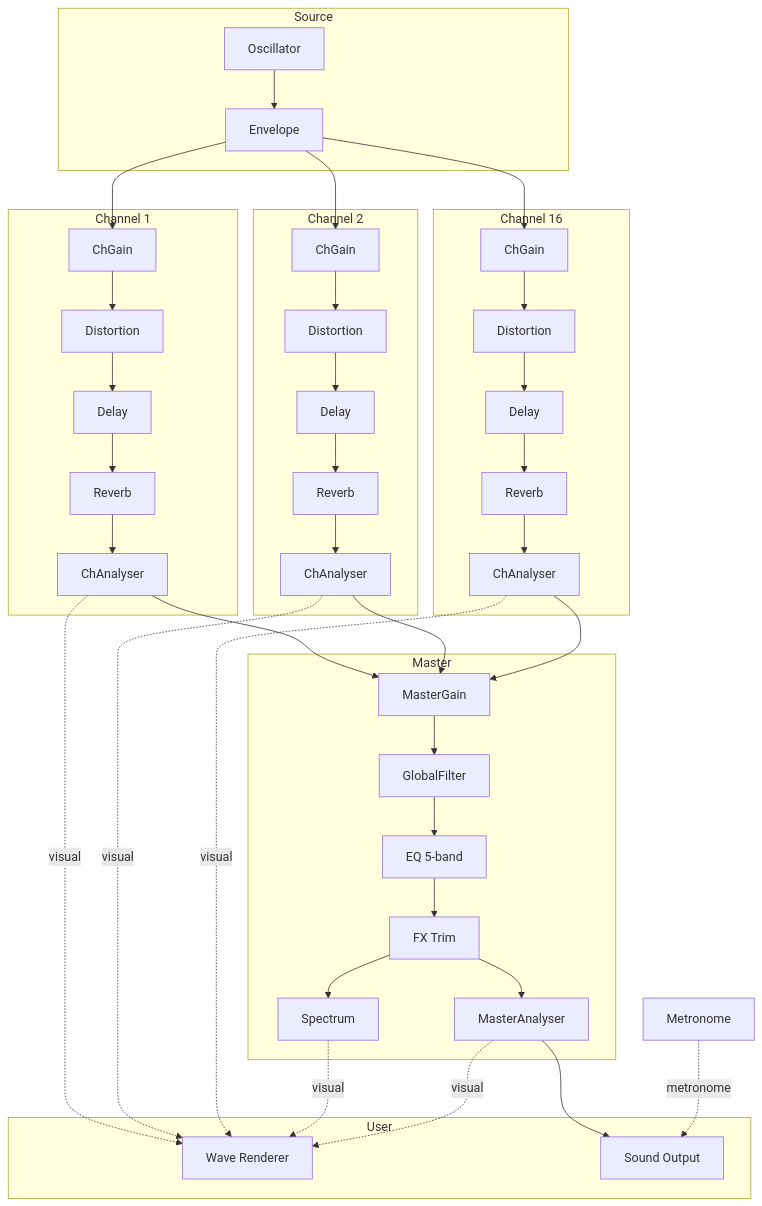
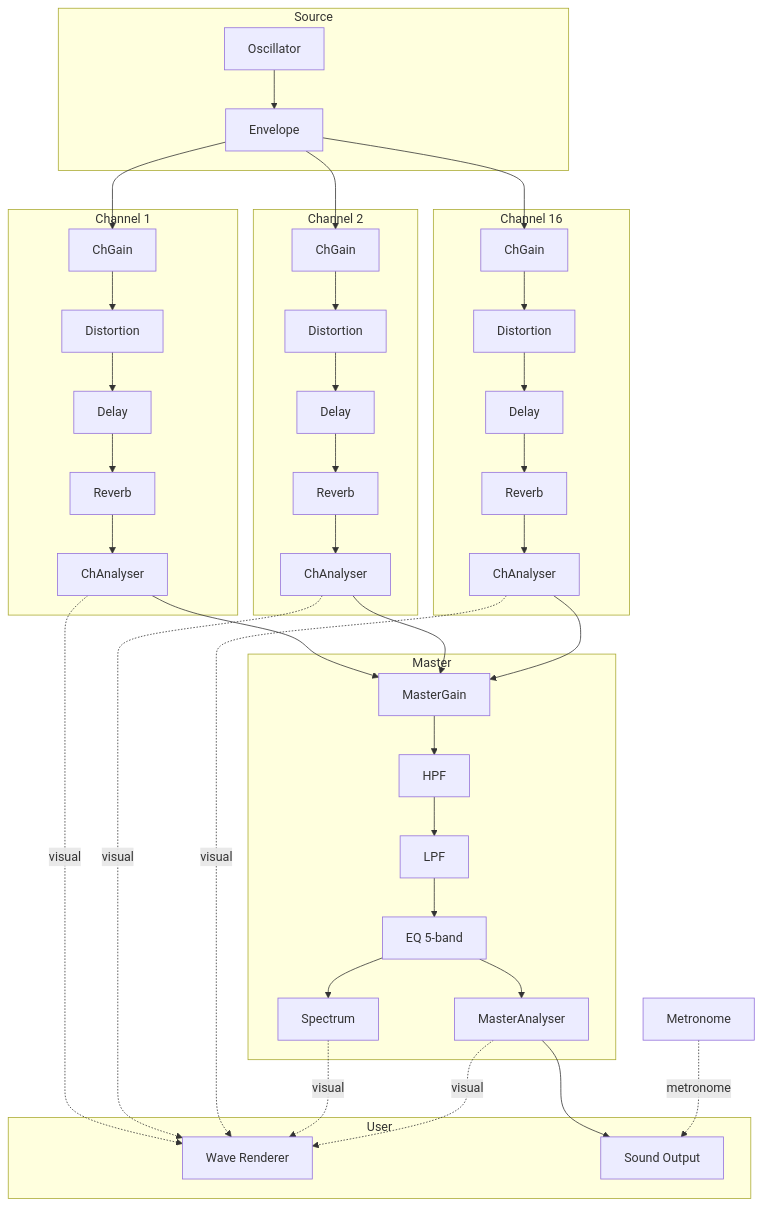
Before and after one commit to orleans-house/midi-parser: the diagram in docs/audio-architecture.md, drawn with Mermaid. The commit also changed other lines of this file and 5 other files, not shown here.

````diff
--- a/docs/audio-architecture.md
+++ b/docs/audio-architecture.md
@@ -7,43 +7,43 @@
 ```mermaid
 graph TD
   subgraph Source
     Osc[Oscillator] --> Env[Envelope]
   end
 
   subgraph Ch1["Channel 1"]
     ChGain1[ChGain] --> ChDist1[Distortion] --> ChDelay1[Delay] --> ChReverb1[Reverb] --> ChAna1[ChAnalyser]
   end
 
   subgraph Ch2["Channel 2"]
     ChGain2[ChGain] --> ChDist2[Distortion] --> ChDelay2[Delay] --> ChReverb2[Reverb] --> ChAna2[ChAnalyser]
   end
 
   subgraph Ch16["Channel 16"]
     ChGain16[ChGain] --> ChDist16[Distortion] --> ChDelay16[Delay] --> ChReverb16[Reverb] --> ChAna16[ChAnalyser]
   end
 
   subgraph Master
-    MGain[MasterGain] --> GF[GlobalFilter] --> EQ[EQ 5-band] --> Trim[FX Trim]
-    Trim --> Spec[Spectrum]
-    Trim --> MAna[MasterAnalyser]
+    MGain[MasterGain] --> HPF[HPF] --> LPF[LPF] --> EQ[EQ 5-band]
+    EQ --> Spec[Spectrum]
+    EQ --> MAna[MasterAnalyser]
   end
 
   subgraph User
     Wave[Wave Renderer]
     Sound[Sound Output]
   end
 
   Env --> ChGain1
   Env --> ChGain2
   Env --> ChGain16
   ChAna1 --> MGain
   ChAna2 --> MGain
   ChAna16 --> MGain
   MAna --> Sound
   Metronome -. metronome .-> Sound
   ChAna1 -. visual .-> Wave
   ChAna2 -. visual .-> Wave
   ChAna16 -. visual .-> Wave
   Spec -. visual .-> Wave
   MAna -. visual .-> Wave
 ```
````
